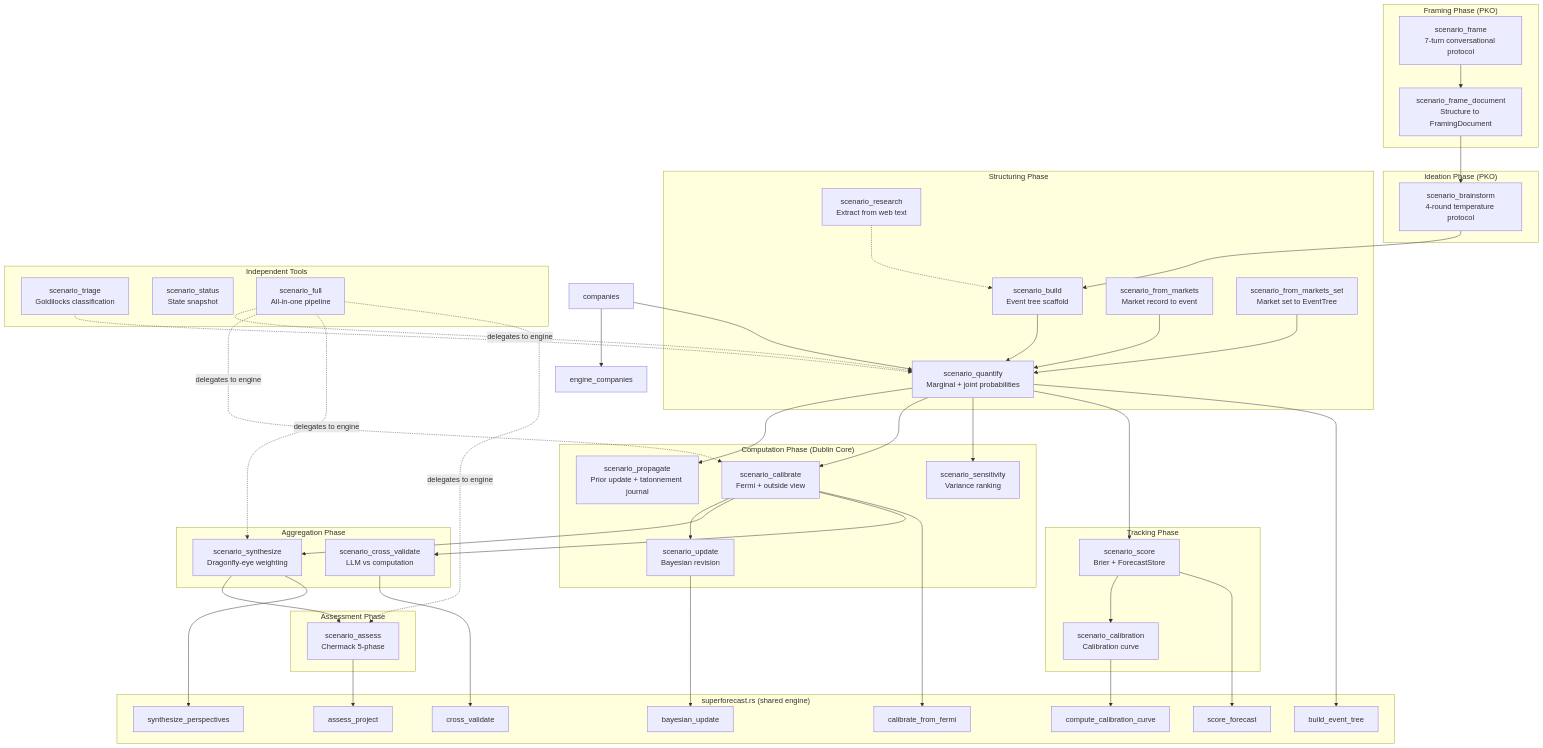
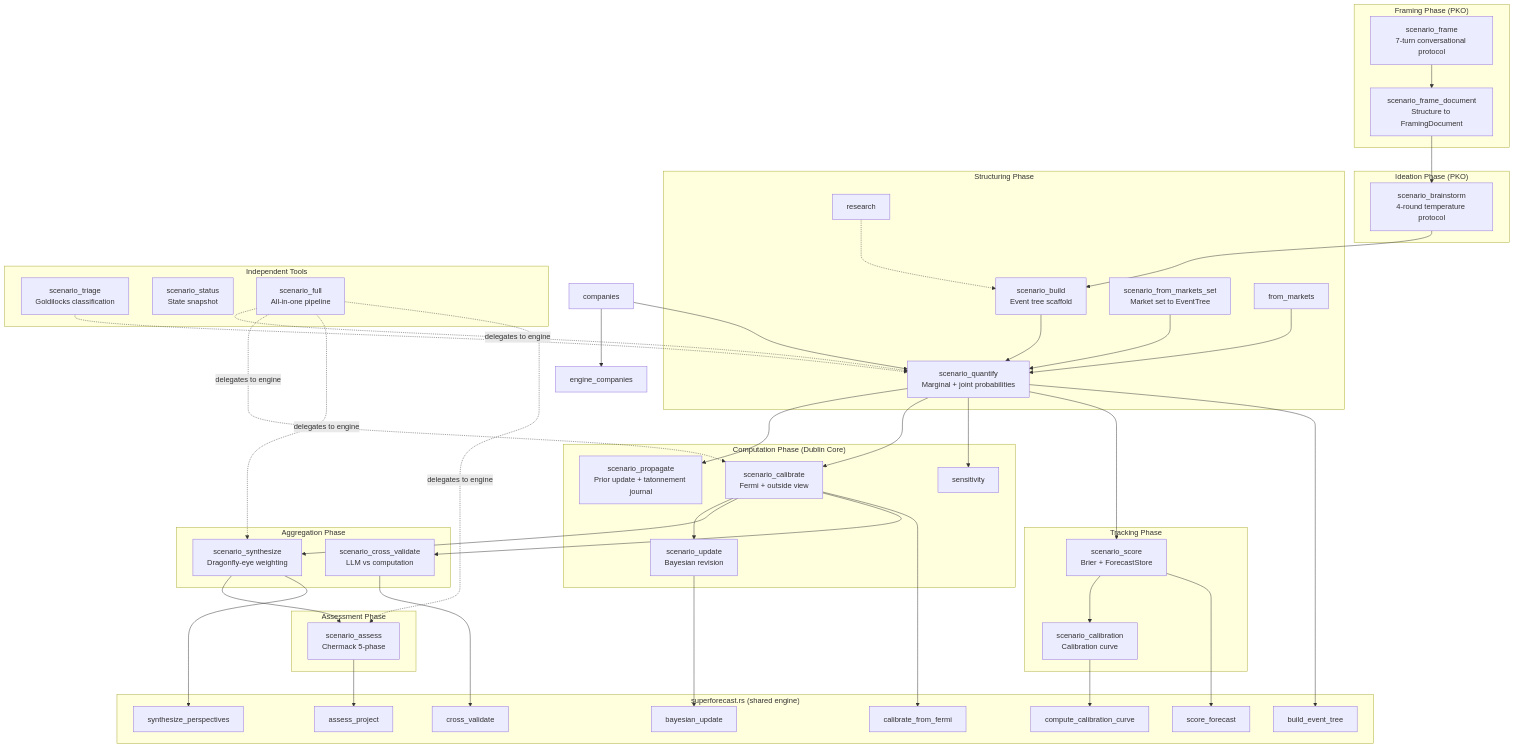
Before and after one commit to mdz-axo/zed-kask: the diagram in kask/docs/reference/mcp-servers/scenarios.md, drawn with Mermaid. The commit also changed other lines of this file and 36 other files, not shown here.

```diff
--- a/kask/docs/reference/mcp-servers/scenarios.md
+++ b/kask/docs/reference/mcp-servers/scenarios.md
@@ -36,8 +36,6 @@
 
     subgraph Structuring["Structuring Phase"]
         build["scenario_build\nEvent tree scaffold"]
-        research["scenario_research\nExtract from web text"]
-        from_markets["scenario_from_markets\nMarket record to event"]
         from_markets_set["scenario_from_markets_set\nMarket set to EventTree"]
         brainstorm --> build
         research -.-> build
@@ -50,7 +48,6 @@
         propagate["scenario_propagate\nPrior update + tatonnement journal"]
         calibrate["scenario_calibrate\nFermi + outside view"]
         update["scenario_update\nBayesian revision"]
-        sensitivity["scenario_sensitivity\nVariance ranking"]
         build --> quantify
         quantify --> propagate
         quantify --> calibrate
```
